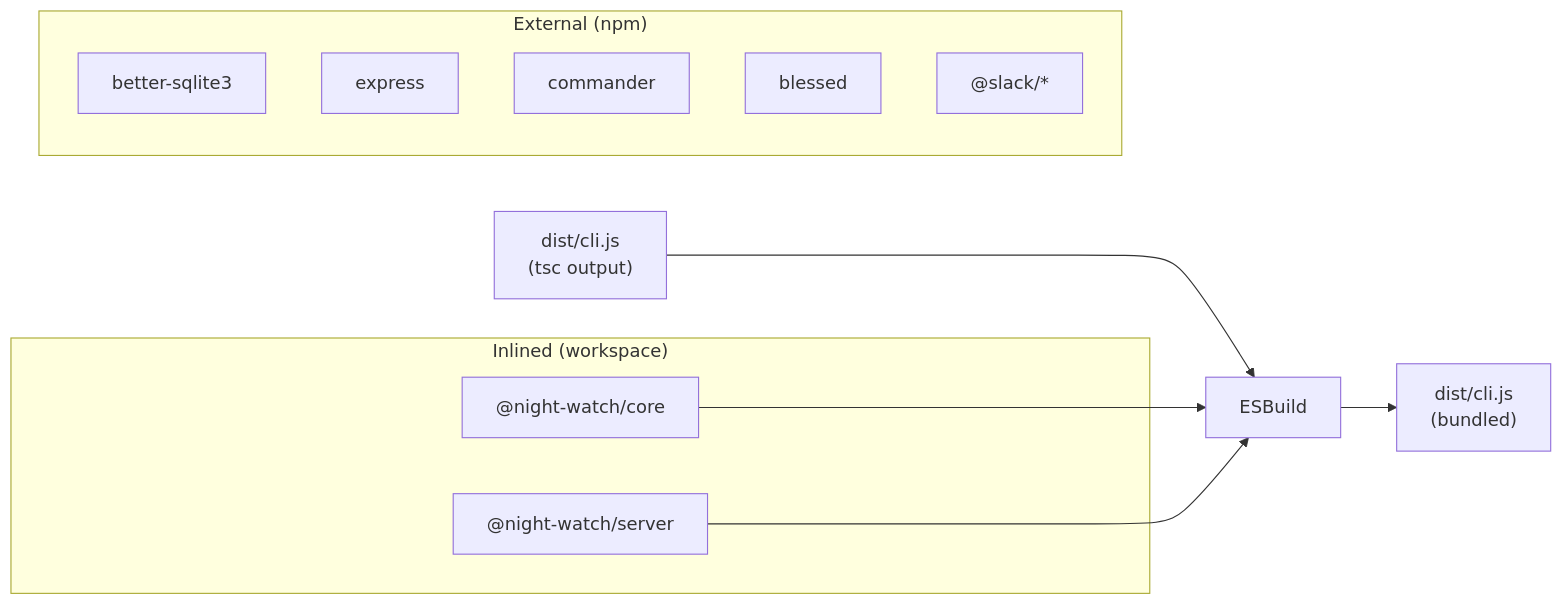
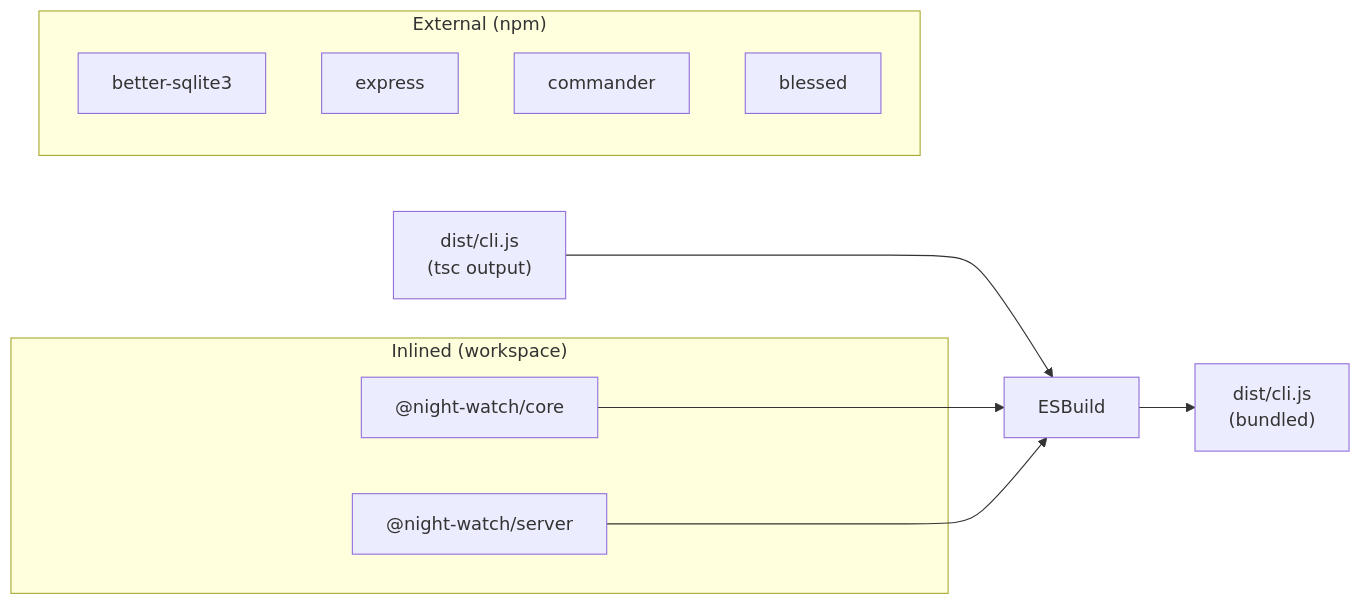
The second of 5 diagrams in docs/build-pipeline.md (jonit-dev/night-watch-cli), drawn with Mermaid before and after one commit. The commit also changed 10 other files, not shown here.

````diff
--- a/docs/build-pipeline.md
+++ b/docs/build-pipeline.md
@@ -69,20 +69,19 @@
 ```mermaid
 graph LR
     subgraph "Inlined (workspace)"
         Core["@night-watch/core"]
         Server["@night-watch/server"]
     end
 
     subgraph "External (npm)"
         SQLite["better-sqlite3"]
         Express["express"]
         Commander["commander"]
         Blessed["blessed"]
-        SlackSDK["@slack/*"]
     end
 
     Entry["dist/cli.js<br/>(tsc output)"] --> ESBuild
     Core --> ESBuild
     Server --> ESBuild
     ESBuild --> Bundle["dist/cli.js<br/>(bundled)"]
 ```
````
